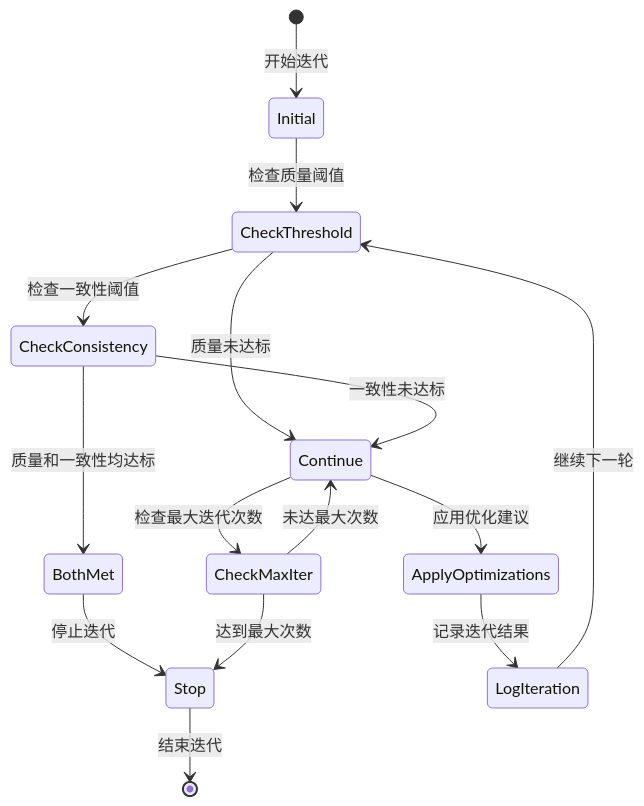
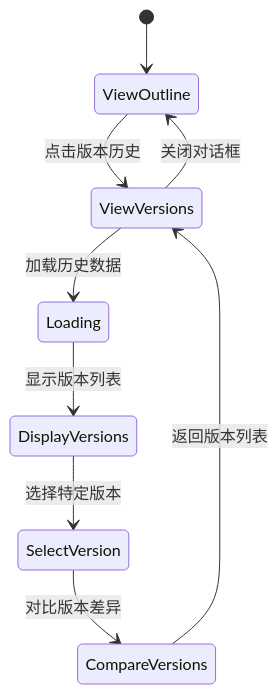
Before and after one commit to xfbyxq/ai-novel-system: diagram 11 of 15 in .qoder/repowiki/zh/content/AI智能体系统/智能大纲完善系统.md, drawn with Mermaid. The commit also changed other lines of this file and 8 other files, not shown here.

````diff
--- a/.qoder/repowiki/zh/content/AI智能体系统/智能大纲完善系统.md
+++ b/.qoder/repowiki/zh/content/AI智能体系统/智能大纲完善系统.md
@@ -483,17 +517,11 @@
 ```mermaid
 stateDiagram-v2
-[*] --> Initial : 开始迭代
-Initial --> CheckThreshold : 检查质量阈值
-CheckThreshold --> CheckConsistency : 检查一致性阈值
-CheckConsistency --> BothMet : 质量和一致性均达标
-CheckThreshold --> Continue : 质量未达标
-CheckConsistency --> Continue : 一致性未达标
-BothMet --> Stop : 停止迭代
-Continue --> CheckMaxIter : 检查最大迭代次数
-CheckMaxIter --> Continue : 未达最大次数
-CheckMaxIter --> Stop : 达到最大次数
-Continue --> ApplyOptimizations : 应用优化建议
-ApplyOptimizations --> LogIteration : 记录迭代结果
-LogIteration --> CheckThreshold : 继续下一轮
-Stop --> [*] : 结束迭代
+[*] --> ViewOutline
+ViewOutline --> ViewVersions : 点击版本历史
+ViewVersions --> Loading : 加载历史数据
+Loading --> DisplayVersions : 显示版本列表
+DisplayVersions --> SelectVersion : 选择特定版本
+SelectVersion --> CompareVersions : 对比版本差异
+CompareVersions --> ViewVersions : 返回版本列表
+ViewVersions --> ViewOutline : 关闭对话框
 ```
````
